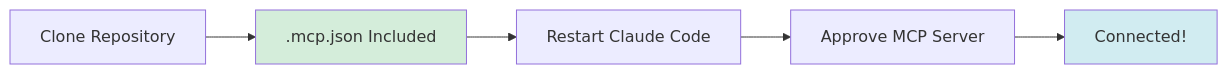
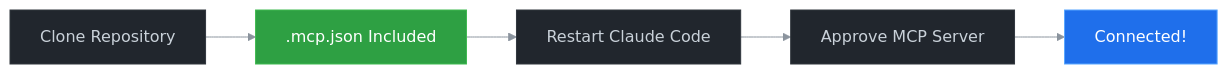
Before and after one commit to spiralhouse/cycletime: the diagram in docs/MVP_DEMO_SCRIPT.md, drawn with Mermaid.

First paragraph of the commit message:
docs: optimize Mermaid diagram for dark mode with permanent dark background
Apply professional dark mode styling to MCP connection flow diagram using
Mermaid's init directive for consistent dark theme across all viewers.

````diff
--- a/docs/MVP_DEMO_SCRIPT.md
+++ b/docs/MVP_DEMO_SCRIPT.md
@@ -26,10 +26,25 @@
 ```mermaid
+%%{init: {
+  'theme': 'base',
+  'themeVariables': {
+    'darkMode': true,
+    'background': '#0d1117',
+    'primaryColor': '#21262d',
+    'primaryTextColor': '#c9d1d9',
+    'primaryBorderColor': '#30363d',
+    'lineColor': '#8b949e',
+    'secondaryColor': '#1f6feb',
+    'tertiaryColor': '#2ea043',
+    'fontSize': '16px',
+    'fontFamily': 'ui-monospace, monospace'
+  }
+}}%%
 graph LR
     A[Clone Repository] --> B[.mcp.json Included]
     B --> C[Restart Claude Code]
     C --> D[Approve MCP Server]
     D --> E[Connected!]
     
-    style B fill:#d4edda
-    style E fill:#d1ecf1
+    style B fill:#2ea043,stroke:#3fb950,color:#ffffff
+    style E fill:#1f6feb,stroke:#58a6ff,color:#ffffff
 ```
````
